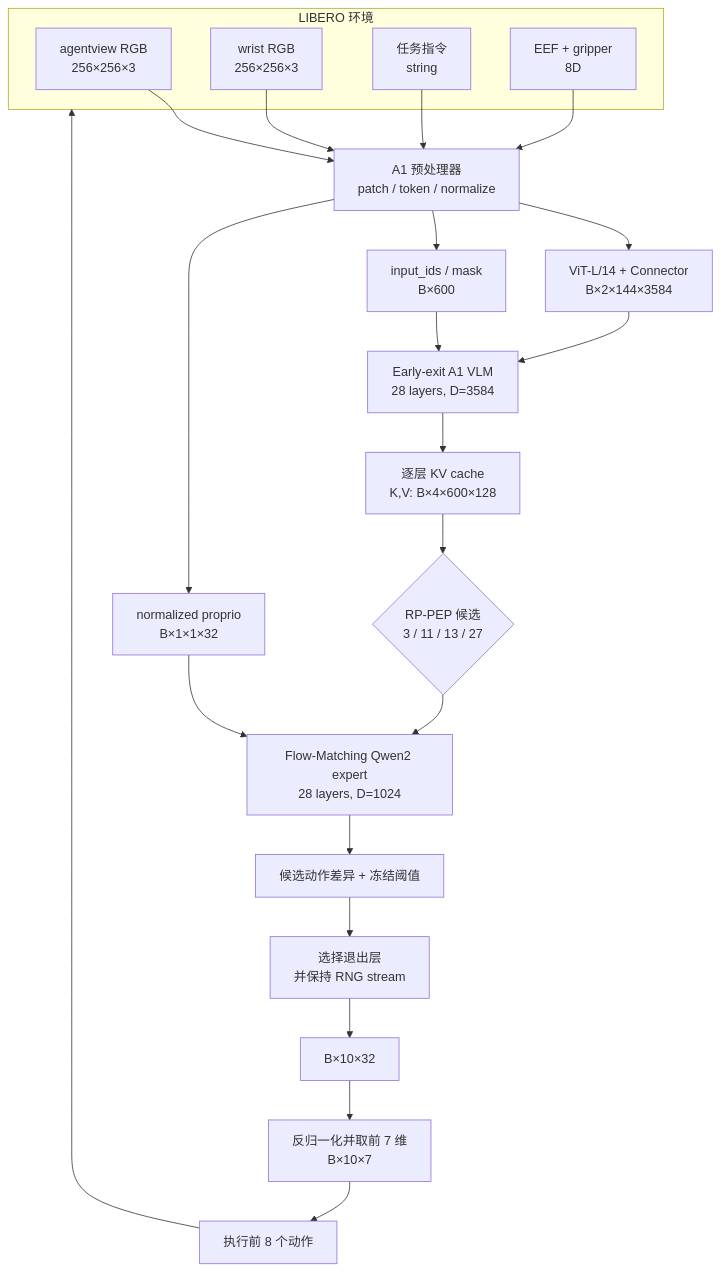
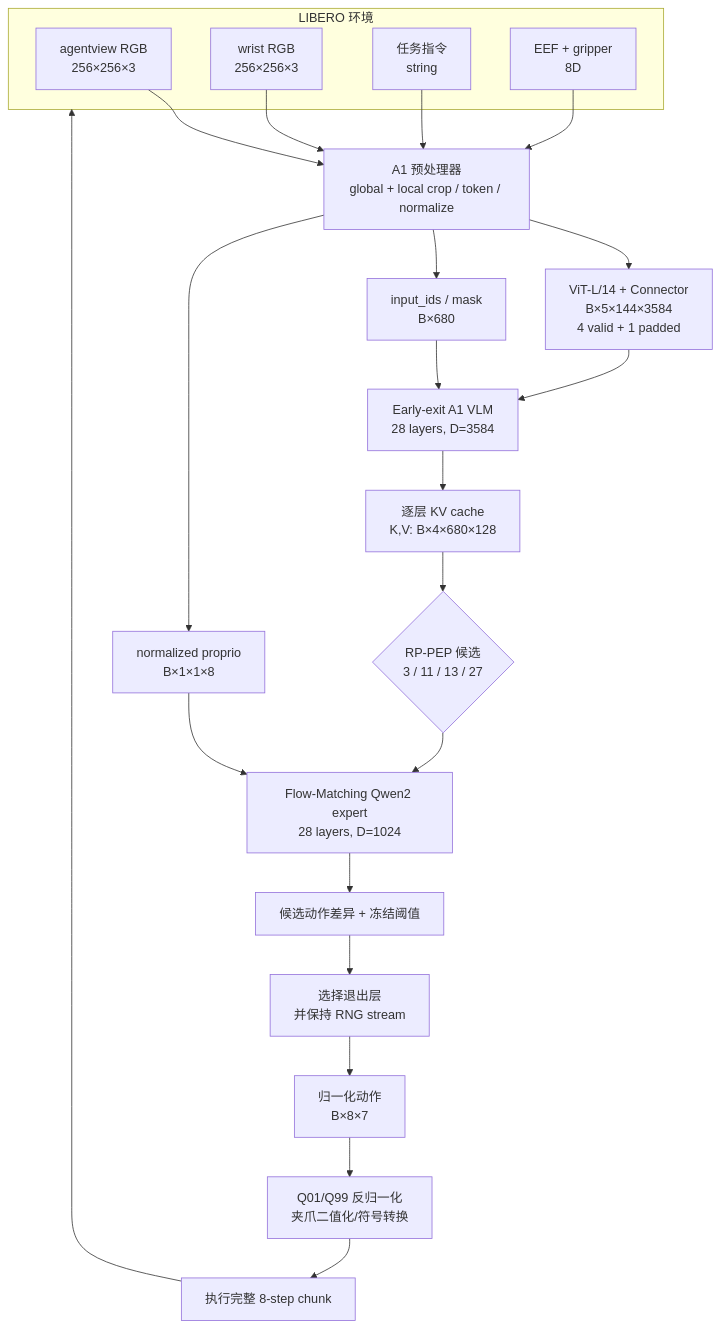
Before and after one commit to HAOzheng0201/PhaseRoute-VLA: the first of 2 diagrams in docs/PHASEROUTE_ARCHITECTURE_ZH.md, drawn with Mermaid. The commit also changed other lines of this file and 4 other files, not shown here.

````diff
--- a/docs/PHASEROUTE_ARCHITECTURE_ZH.md
+++ b/docs/PHASEROUTE_ARCHITECTURE_ZH.md
@@ -7,29 +11,29 @@
 ```mermaid
 flowchart TD
     subgraph ENV["LIBERO 环境"]
       RGB1["agentview RGB<br/>256×256×3"]
       RGB2["wrist RGB<br/>256×256×3"]
       LANG["任务指令<br/>string"]
       STATE["EEF + gripper<br/>8D"]
     end
 
     RGB1 --> PRE
     RGB2 --> PRE
     LANG --> PRE
     STATE --> PRE
-    PRE["A1 预处理器<br/>patch / token / normalize"] --> VIS["ViT-L/14 + Connector<br/>B×2×144×3584"]
-    PRE --> TOK["input_ids / mask<br/>B×600"]
-    PRE --> PRO["normalized proprio<br/>B×1×1×32"]
+    PRE["A1 预处理器<br/>global + local crop / token / normalize"] --> VIS["ViT-L/14 + Connector<br/>B×5×144×3584<br/>4 valid + 1 padded"]
+    PRE --> TOK["input_ids / mask<br/>B×680"]
+    PRE --> PRO["normalized proprio<br/>B×1×1×8"]
     VIS --> VLM
     TOK --> VLM["Early-exit A1 VLM<br/>28 layers, D=3584"]
-    VLM --> KV["逐层 KV cache<br/>K,V: B×4×600×128"]
+    VLM --> KV["逐层 KV cache<br/>K,V: B×4×680×128"]
     KV --> ROUTE{"RP-PEP 候选<br/>3 / 11 / 13 / 27"}
     PRO --> FM
     ROUTE --> FM["Flow-Matching Qwen2 expert<br/>28 layers, D=1024"]
     FM --> DELTA["候选动作差异 + 冻结阈值"]
     DELTA --> EXIT["选择退出层<br/>并保持 RNG stream"]
-    EXIT --> ACT32["B×10×32"]
-    ACT32 --> ACT7["反归一化并取前 7 维<br/>B×10×7"]
-    ACT7 --> QUEUE["执行前 8 个动作"]
+    EXIT --> ACT7["归一化动作<br/>B×8×7"]
+    ACT7 --> POST["Q01/Q99 反归一化<br/>夹爪二值化/符号转换"]
+    POST --> QUEUE["执行完整 8-step chunk"]
     QUEUE --> ENV
 ```
````
